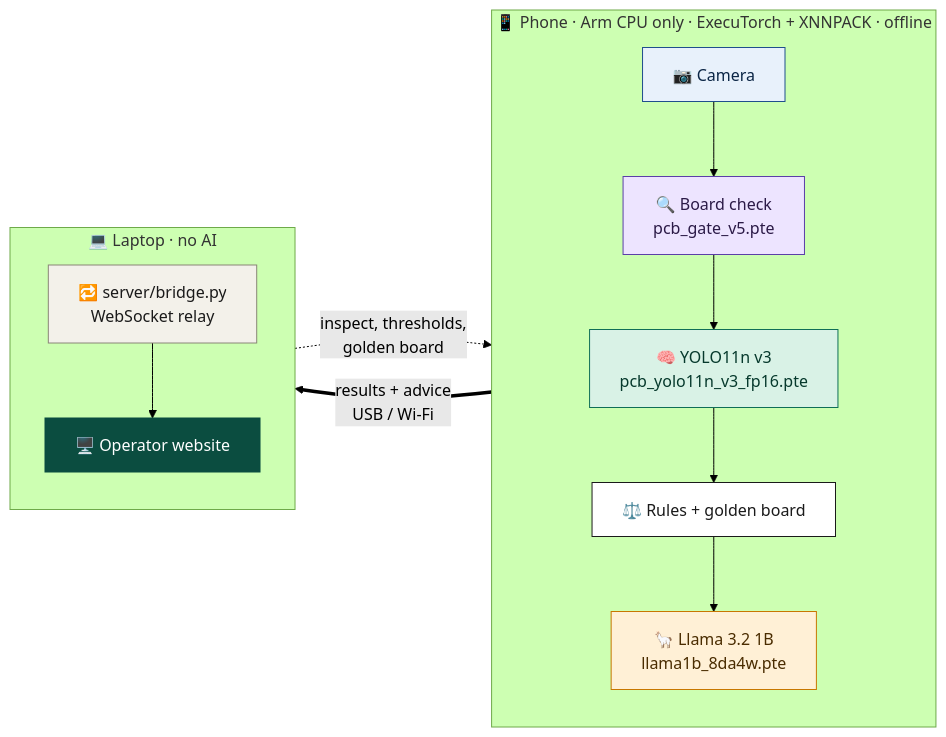
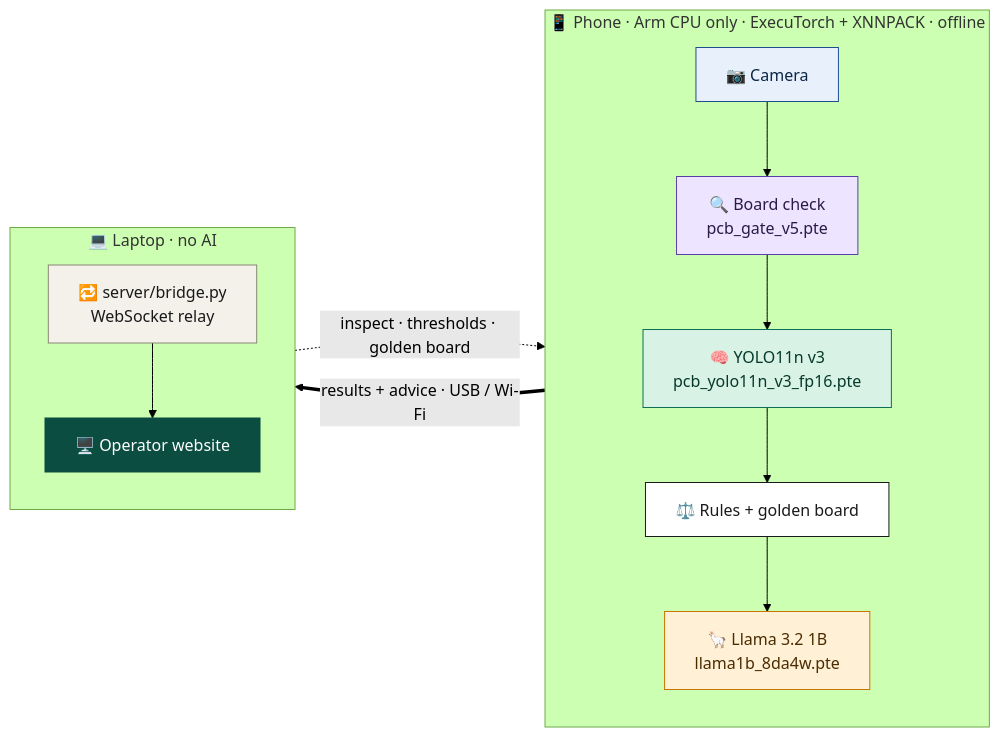
Before and after one commit to Jaswanthj006/ARM: the second of 2 diagrams in README.md, drawn with Mermaid (forest theme).

Commit message:
README: readable layout for the 'where each part runs' chart

````diff
--- a/README.md
+++ b/README.md
@@ -52,24 +52,24 @@
 ```mermaid
 flowchart LR
     subgraph PHONE["📱 Phone · Arm CPU only · ExecuTorch + XNNPACK · offline"]
         direction TB
         CAM["📷 Camera"]:::input --> GATE["🔍 Board check<br/>pcb_gate_v5.pte"]:::gate
         GATE --> YOLO["🧠 YOLO11n v3<br/>pcb_yolo11n_v3_fp16.pte"]:::ai
         YOLO --> RULES["⚖️ Rules + golden board"]:::rule
         RULES --> LLAMA["🦙 Llama 3.2 1B<br/>llama1b_8da4w.pte"]:::llm
     end
     subgraph LAPTOP["💻 Laptop · no AI"]
         direction TB
         BR["🔁 server/bridge.py<br/>WebSocket relay"]:::step --> WEB["🖥️ Operator website"]:::web
     end
-    LLAMA == "results + advice<br/>USB / Wi-Fi" ==> BR
-    WEB -. "inspect, thresholds,<br/>golden board" .-> CAM
+    PHONE == "results + advice · USB / Wi-Fi" ==> LAPTOP
+    LAPTOP -. "inspect · thresholds · golden board" .-> PHONE
 
     classDef input fill:#E8F1FB,stroke:#1F4E8C,color:#0B2545
     classDef gate fill:#EDE4FF,stroke:#5B3FA8,color:#2B1A47
     classDef ai fill:#D9F2E6,stroke:#0F6E56,color:#06392C
     classDef llm fill:#FFF0D6,stroke:#C77700,color:#4A2C00
     classDef rule fill:#FFFFFF,stroke:#1A1A1A,color:#1A1A1A
     classDef step fill:#F3F1EA,stroke:#8A8678,color:#1A1A1A
     classDef web fill:#0B4D40,stroke:#0B4D40,color:#FFFFFF
 ```
````
